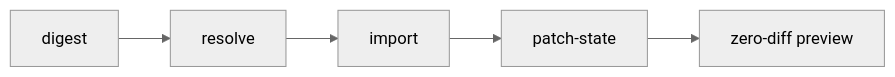
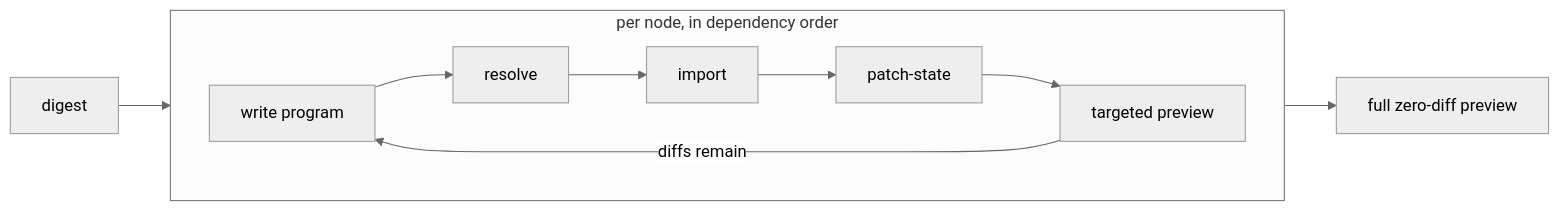
One commit to pulumi/docs changed the diagram in content/blog/filling-the-gaps-in-terraform-to-pulumi-migration/index.md. Above: the diagram before and after it, drawn with Mermaid (neutral theme). The commit also changed other lines of this file and 1 other file, not shown here.

Commit message:
Show the per-node outer loop in the pipeline diagrams and descriptions
The digest runs once; write → resolve → import → patch-state → targeted
preview repeats per node in dependency order, with a full preview
closing the migration. Both mermaid diagrams now show the loop
(render-validated with mermaid-cli), and the docs verify step
distinguishes targeted from full previews.

````diff
--- a/content/blog/filling-the-gaps-in-terraform-to-pulumi-migration/index.md
+++ b/content/blog/filling-the-gaps-in-terraform-to-pulumi-migration/index.md
@@ -56,7 +56,10 @@
 ```mermaid
 flowchart LR
-    A["digest"] --> B["resolve"]
-    B --> C["import"]
-    C --> D["patch-state"]
-    D --> E["zero-diff preview"]
+    A["digest"] --> S
+    subgraph S ["per node, in dependency order"]
+        direction LR
+        B["write program"] --> C["resolve"] --> D["import"] --> E["patch-state"] --> F["targeted preview"]
+        F -->|diffs remain| B
+    end
+    S --> G["full zero-diff preview"]
 ```
````
